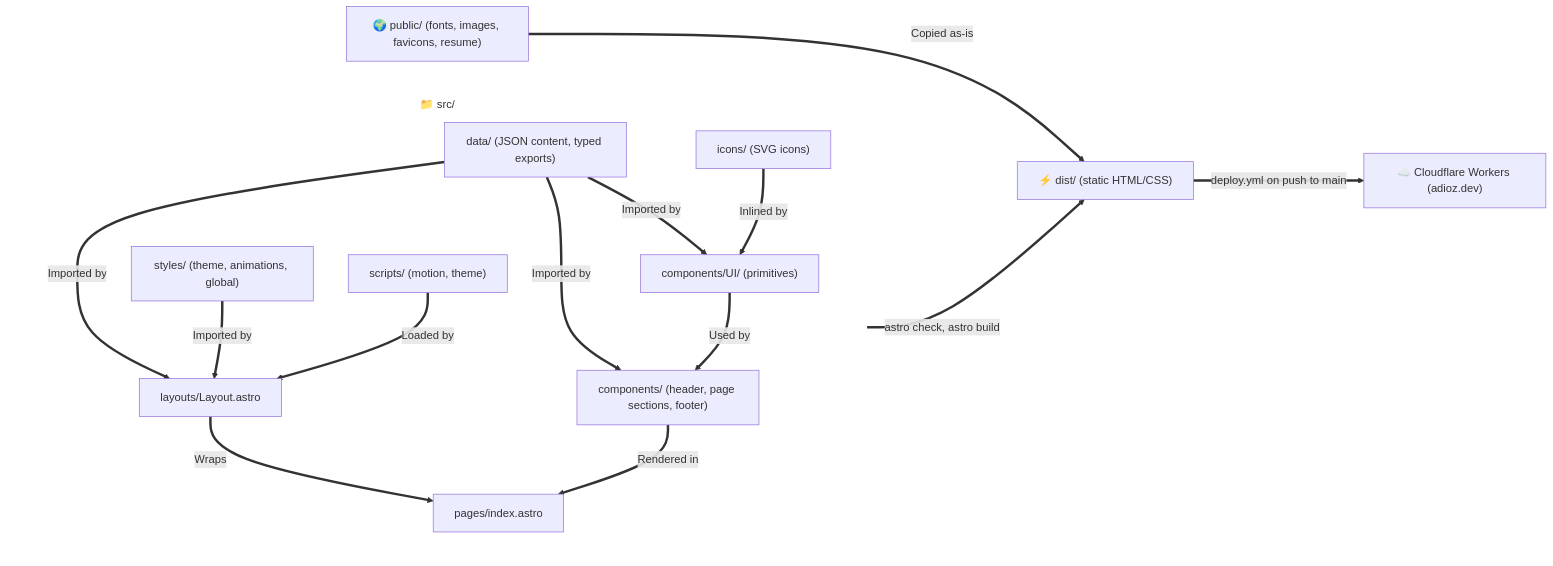
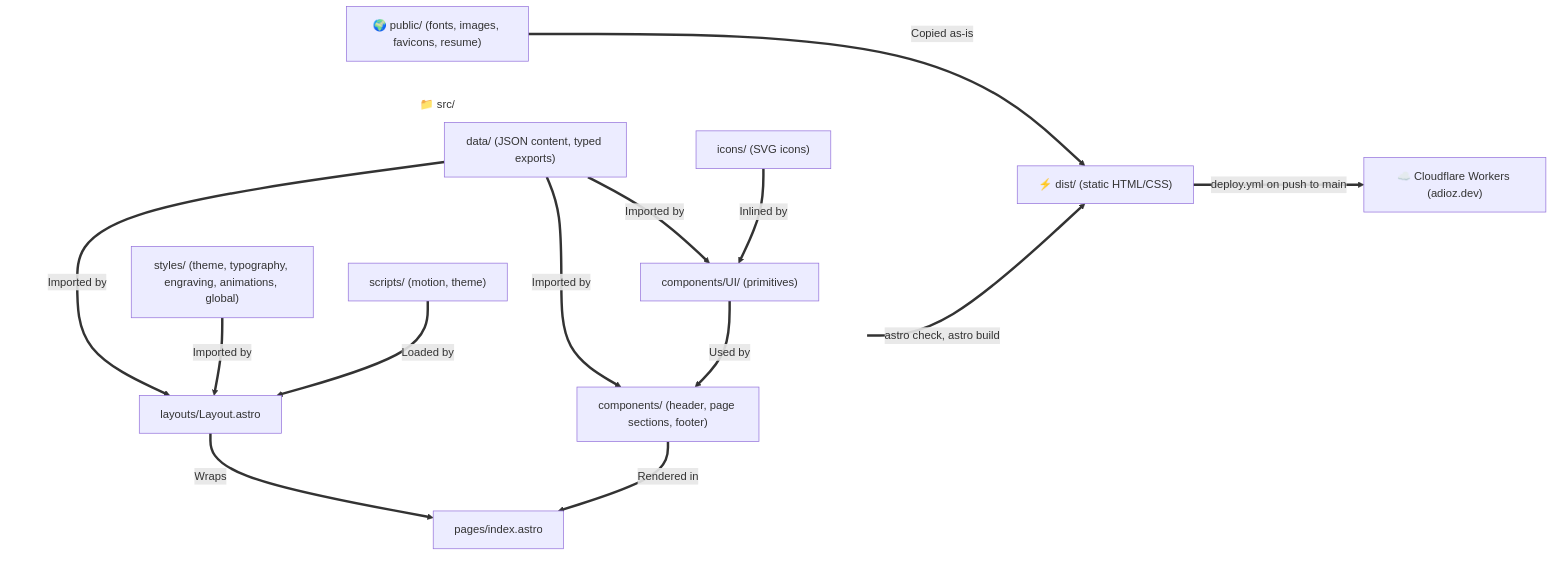
The diagram in docs/architecture.md (adiozeshitemi/adioz-profile), drawn with Mermaid before and after one commit. The commit also changed other lines of this file and 8 other files, not shown here.

````diff
--- a/docs/architecture.md
+++ b/docs/architecture.md
@@ -9,33 +9,33 @@
 ```mermaid
 flowchart LR
     %% Define invisible styling for subgraphs to remove backgrounds and borders
     classDef transparent fill:none,stroke:none;
 
     subgraph Src ["📁 src/"]
         direction TB
         Data["data/ (JSON content, typed exports)"]
-        Styles["styles/ (theme, animations, global)"]
+        Styles["styles/ (theme, typography, engraving, animations, global)"]
         Scripts["scripts/ (motion, theme)"]
         Icons["icons/ (SVG icons)"]
         UI["components/UI/ (primitives)"]
         Sections["components/ (header, page sections, footer)"]
         Layout["layouts/Layout.astro"]
         Page["pages/index.astro"]
     end
 
     Icons ==>|Inlined by| UI
     Data ==>|Imported by| UI
     Data ==>|Imported by| Sections
     UI ==>|Used by| Sections
     Data ==>|Imported by| Layout
     Styles ==>|Imported by| Layout
     Scripts ==>|Loaded by| Layout
     Sections ==>|Rendered in| Page
     Layout ==>|Wraps| Page
     Page ==>|astro check, astro build| Dist["⚡ dist/ (static HTML/CSS)"]
     Public["🌍 public/ (fonts, images, favicons, resume)"] ==>|Copied as-is| Dist
     Dist ==>|deploy.yml on push to main| Workers["☁️ Cloudflare Workers (adioz.dev)"]
 
     %% Apply transparent class to subgraphs
     class Src transparent;
 ```
````
